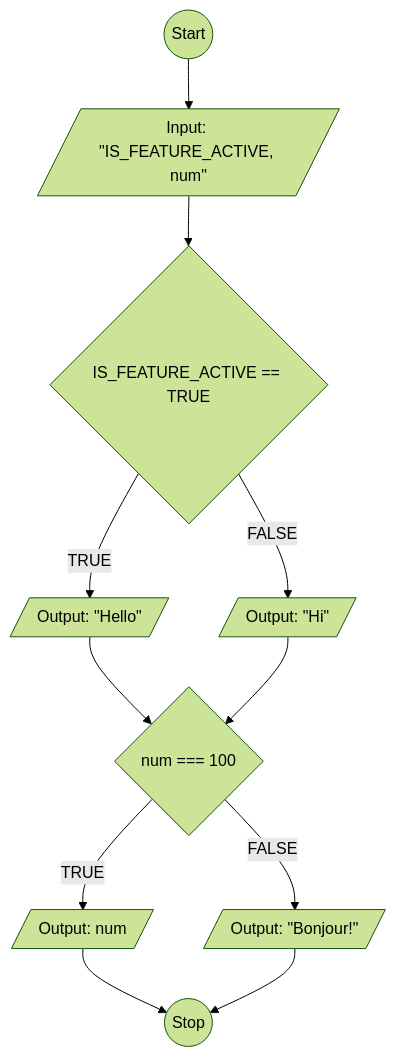
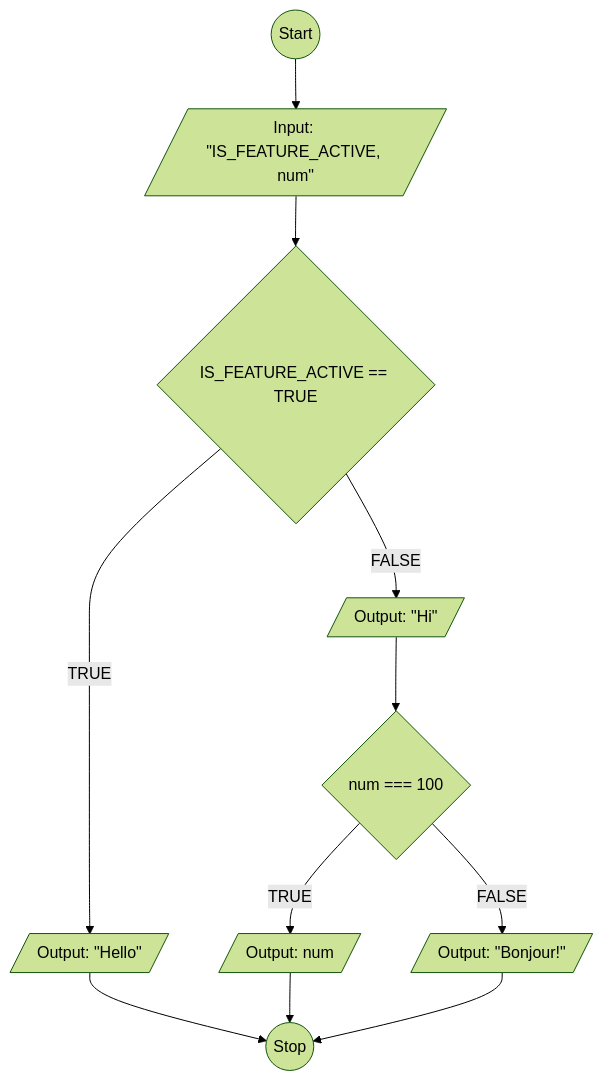
One commit to makarim22/koda-b6-javascript1 changed the diagram in flowchart-switch-case.md. Above: the diagram before and after it, drawn with Mermaid (forest theme).

````diff
--- a/flowchart-switch-case.md
+++ b/flowchart-switch-case.md
@@ -1,45 +1,45 @@
 ```mermaid
 flowchart TD
 
 A@{ shape: circle, label: "Start" } --> B
 
 B@{ shape: lean-r, label: "Input: \"IS_FEATURE_ACTIVE, num\"" }  --> C
 
 
 C@{ shape: diamond, label: "IS_FEATURE_ACTIVE == TRUE" }
 
 D@{ shape: lean-r, label: "Output: \"Hello\" " }
 
 E@{ shape: lean-r, label: "Output: \"Hi\" " }
 
 F@{ shape: diamond, label: "num === 100" }
 
 G@{ shape: lean-r, label: "Output: num" }
 
 H@{ shape: lean-r, label: "Output: \"Bonjour!\" " }
 
 Z@{ shape: circle, label: "Stop" } 
 
 C -- TRUE --> D
 C -- FALSE --> E
 
-D --> F
+D --> Z
 E --> F
 
 F -- TRUE --> G
 F -- FALSE --> H
 
 G --> Z
 H --> Z
 
 
 
 
 
 
 
 
 
 
 
 ```
````
